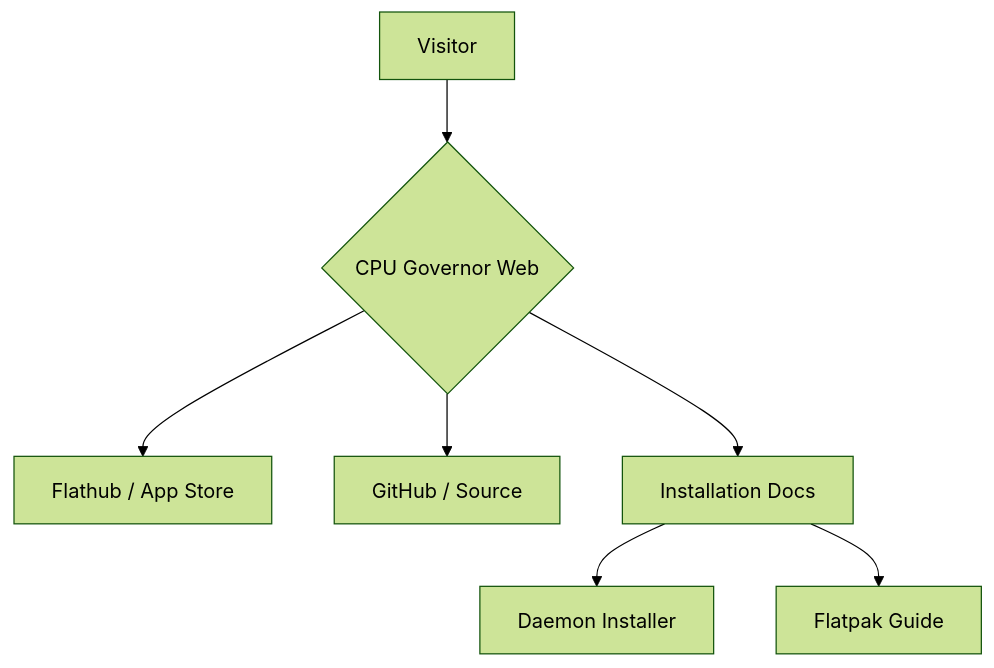
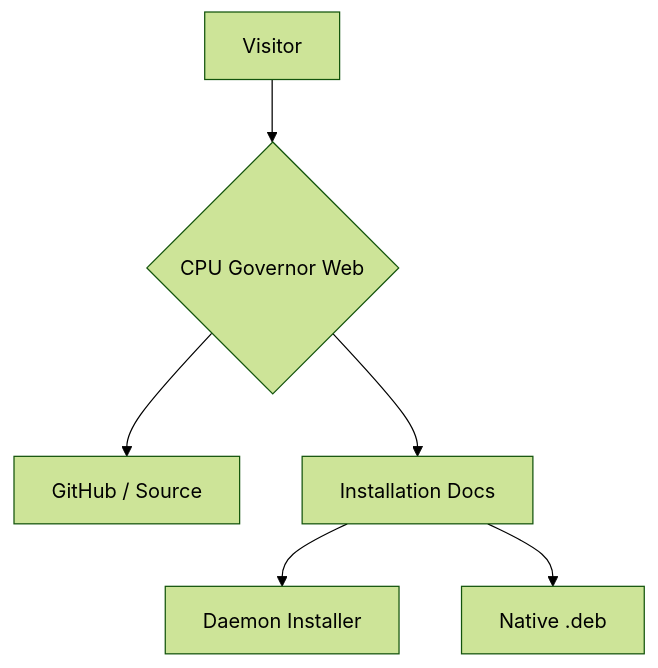
One commit to Serverket/cpugov-web changed the diagram in README.md. Above: the diagram before and after it, drawn with Mermaid (forest theme). The commit also changed other lines of this file and 20 other files, not shown here.

````diff
--- a/README.md
+++ b/README.md
@@ -24,9 +24,8 @@
 ```mermaid
 graph TD
     A[Visitor] --> B{CPU Governor Web}
-    B --> C[Flathub / App Store]
-    B --> D[GitHub / Source]
-    B --> E[Installation Docs]
-    E --> F[Daemon Installer]
-    E --> G[Flatpak Guide]
+    B --> C[GitHub / Source]
+    B --> D[Installation Docs]
+    D --> E[Daemon Installer]
+    D --> F[Native .deb]
 ```
````
